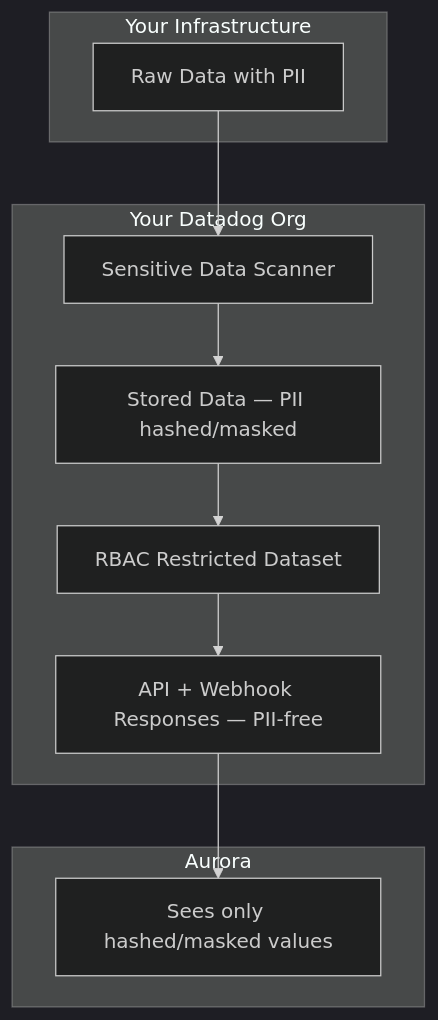
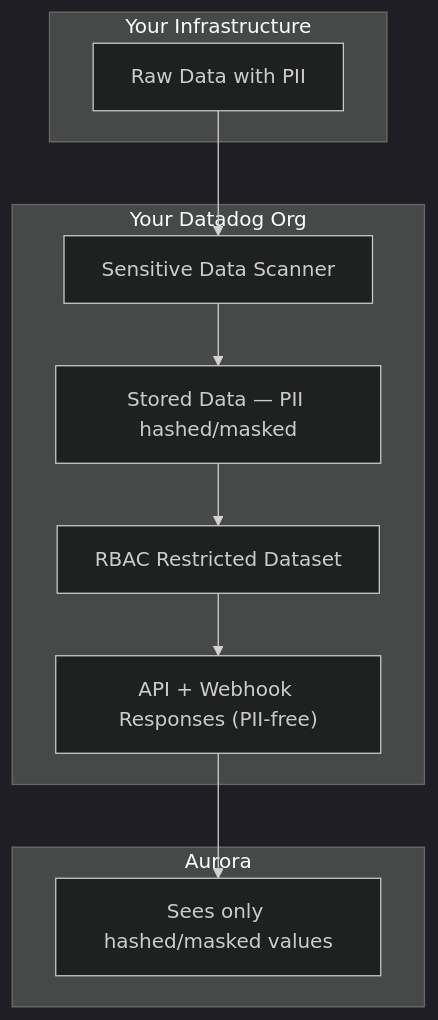
The diagram in website/docs/configuration/data-access/datadog.md (Arvo-AI/aurora), drawn with Mermaid (dark theme) before and after one commit.

````diff
--- a/website/docs/configuration/data-access/datadog.md
+++ b/website/docs/configuration/data-access/datadog.md
@@ -19,22 +19,22 @@
 ```mermaid
 flowchart TB
     subgraph infra["Your Infrastructure"]
         raw["Raw Data with PII"]
     end
 
     subgraph datadog["Your Datadog Org"]
         sds["Sensitive Data Scanner"]
         stored["Stored Data — PII hashed/masked"]
         rbac["RBAC Restricted Dataset"]
-        output["API + Webhook Responses — PII-free"]
+        output["API + Webhook Responses (PII-free)"]
 
         sds --> stored --> rbac --> output
     end
 
     subgraph aurora["Aurora"]
         agent["Sees only hashed/masked values"]
     end
 
     raw --> sds
     output --> agent
 ```
````
